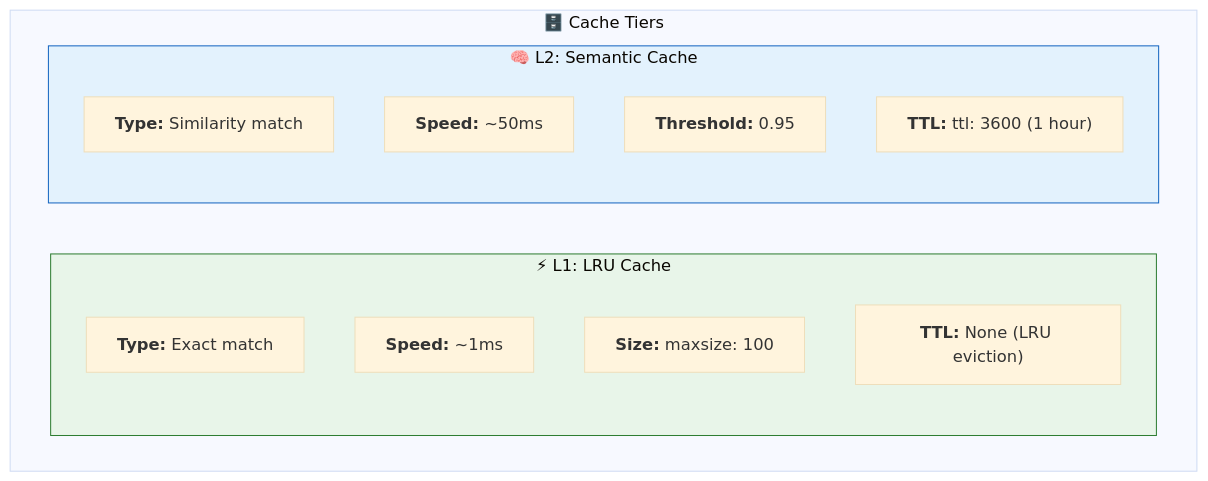
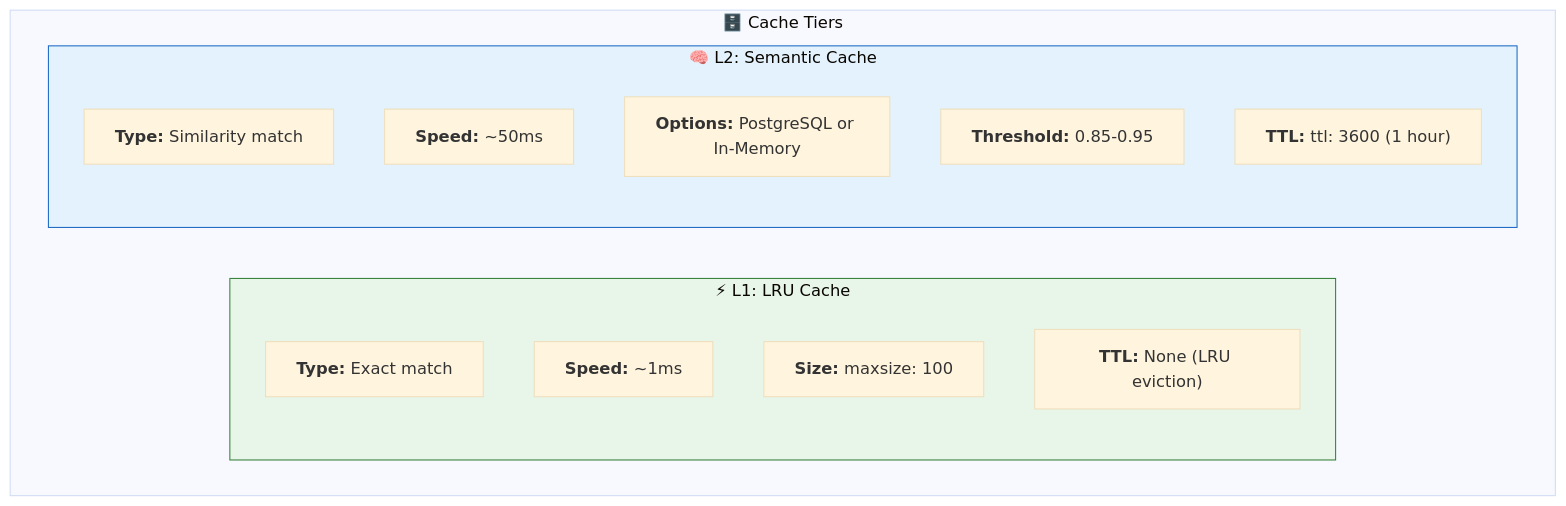
The second of 6 diagrams in config/examples/04_genie/README.md (natefleming/retail-ai), drawn with Mermaid before and after one commit. The commit also changed other lines of this file and 13 other files, not shown here.

````diff
--- a/config/examples/04_genie/README.md
+++ b/config/examples/04_genie/README.md
@@ -59,22 +69,23 @@
 ```mermaid
 %%{init: {'theme': 'base'}}%%
 graph TB
     subgraph Tiers["🗄️ Cache Tiers"]
         subgraph L1["⚡ L1: LRU Cache"]
             LRU1["<b>Type:</b> Exact match"]
             LRU2["<b>Speed:</b> ~1ms"]
             LRU3["<b>Size:</b> maxsize: 100"]
             LRU4["<b>TTL:</b> None (LRU eviction)"]
         end
         
         subgraph L2["🧠 L2: Semantic Cache"]
             SEM1["<b>Type:</b> Similarity match"]
             SEM2["<b>Speed:</b> ~50ms"]
-            SEM3["<b>Threshold:</b> 0.95"]
-            SEM4["<b>TTL:</b> ttl: 3600 (1 hour)"]
+            SEM3["<b>Options:</b> PostgreSQL or In-Memory"]
+            SEM4["<b>Threshold:</b> 0.85-0.95"]
+            SEM5["<b>TTL:</b> ttl: 3600 (1 hour)"]
         end
     end
 
     style L1 fill:#e8f5e9,stroke:#2e7d32
     style L2 fill:#e3f2fd,stroke:#1565c0
 ```
````
